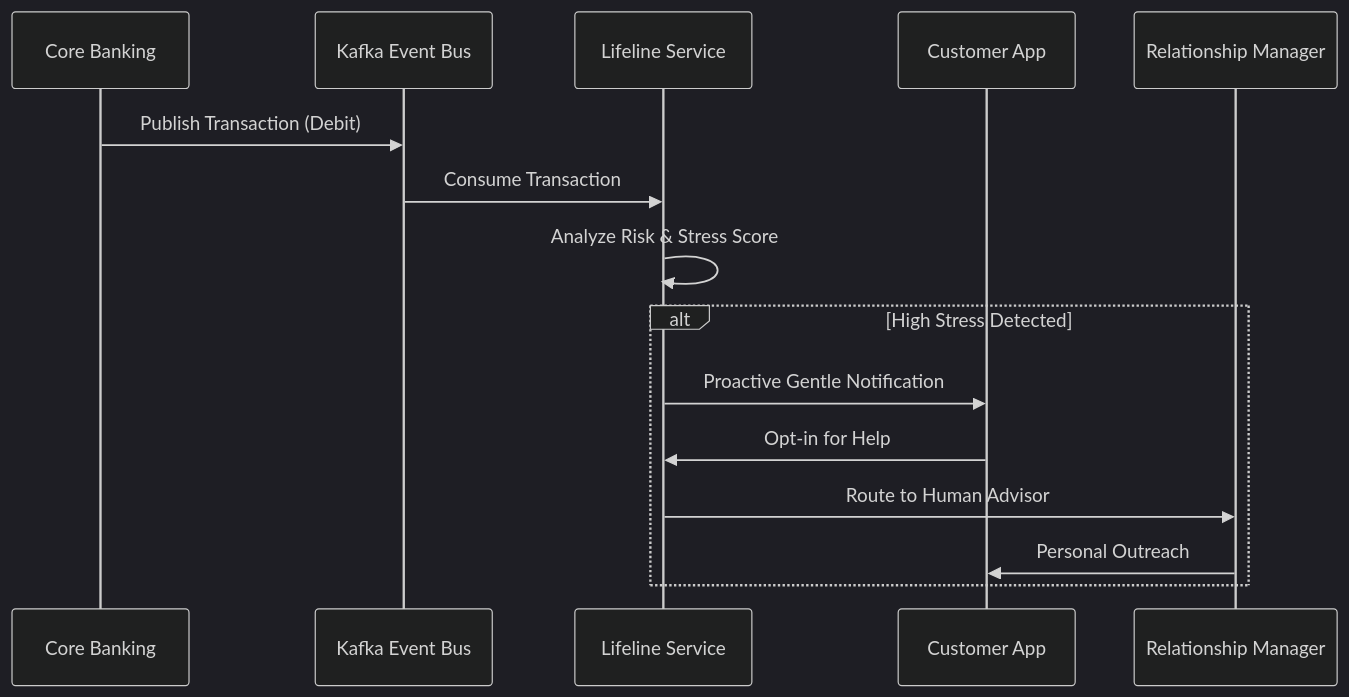
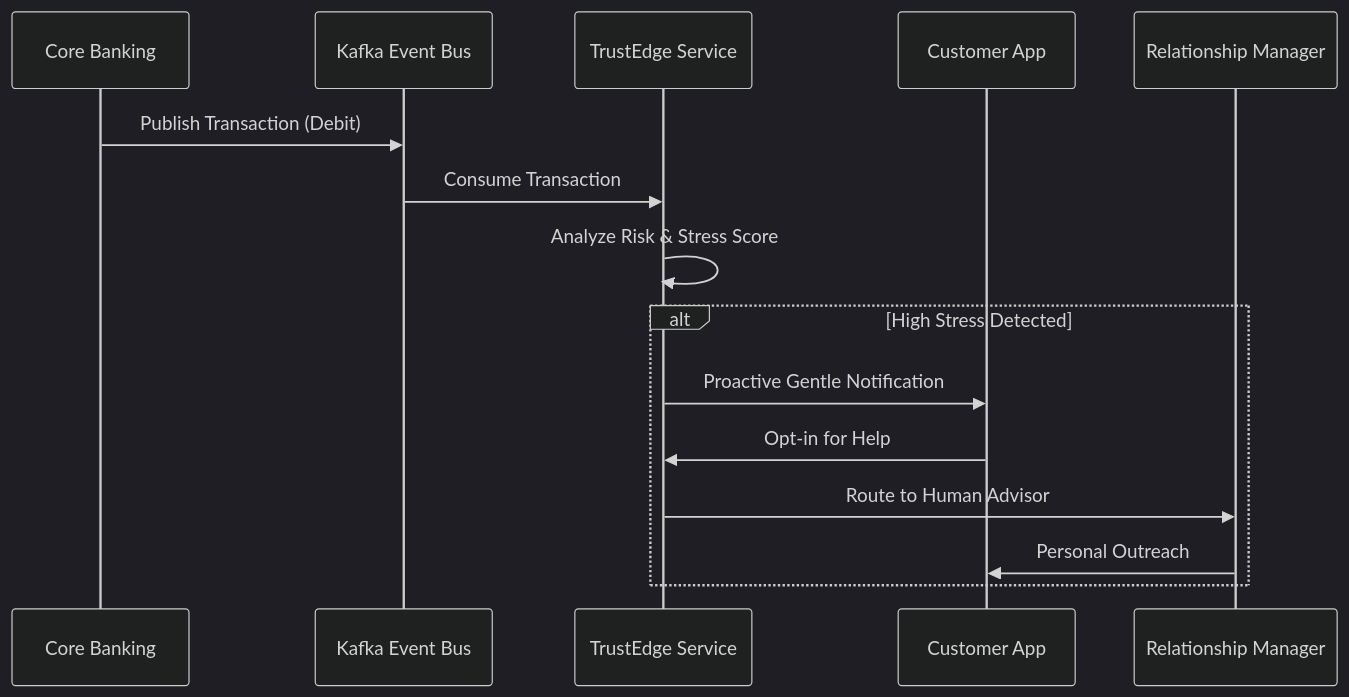
One commit to vecham-saidatta/TrustEdge changed the second of 2 diagrams in report/Documentation/Project_Overview_Report.md. Above: the diagram before and after it, drawn with Mermaid (dark theme). The commit also changed other lines of this file and 32 other files, not shown here.

````diff
--- a/report/Documentation/Project_Overview_Report.md
+++ b/report/Documentation/Project_Overview_Report.md
@@ -71,18 +71,18 @@
 ```mermaid
 sequenceDiagram
     participant Bank as Core Banking
     participant Kafka as Kafka Event Bus
-    participant Lifeline as Lifeline Service
+    participant TrustEdge as TrustEdge Service
     participant User as Customer App
     participant RM as Relationship Manager
     
     Bank->>Kafka: Publish Transaction (Debit)
-    Kafka->>Lifeline: Consume Transaction
-    Lifeline->>Lifeline: Analyze Risk & Stress Score
+    Kafka->>TrustEdge: Consume Transaction
+    TrustEdge->>TrustEdge: Analyze Risk & Stress Score
     alt High Stress Detected
-        Lifeline->>User: Proactive Gentle Notification
-        User->>Lifeline: Opt-in for Help
-        Lifeline->>RM: Route to Human Advisor
+        TrustEdge->>User: Proactive Gentle Notification
+        User->>TrustEdge: Opt-in for Help
+        TrustEdge->>RM: Route to Human Advisor
         RM->>User: Personal Outreach
     end
 ```
````
